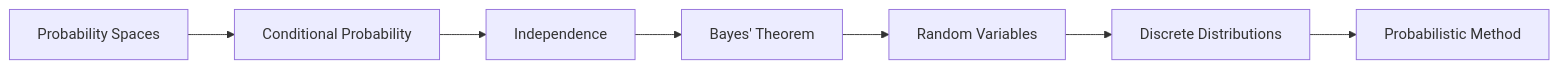
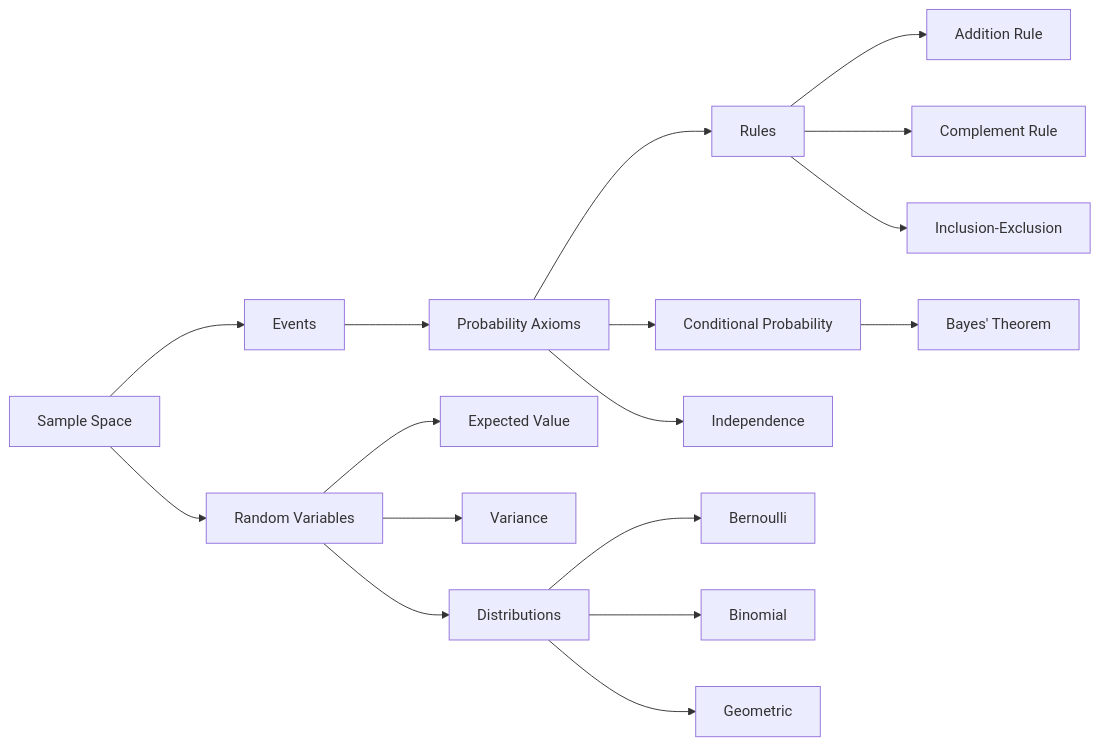
The diagram in docs/courses/discrete-mathematics/13-probability.md (Raushan666java/ai-engineering-journey), drawn with Mermaid before and after one commit. The commit also changed other lines of this file and 62 other files, not shown here.

````diff
--- a/docs/courses/discrete-mathematics/13-probability.md
+++ b/docs/courses/discrete-mathematics/13-probability.md
@@ -31,9 +34,19 @@
 ```mermaid
 flowchart LR
-    A[Probability Spaces] --> B[Conditional Probability]
-    B --> C[Independence]
-    C --> D[Bayes' Theorem]
-    D --> E[Random Variables]
-    E --> F[Discrete Distributions]
-    F --> G[Probabilistic Method]
+    A[Sample Space] --> B[Events]
+    B --> C[Probability Axioms]
+    C --> D[Rules]
+    D --> E[Addition Rule]
+    D --> F[Complement Rule]
+    D --> G[Inclusion-Exclusion]
+    C --> H[Conditional Probability]
+    H --> I[Bayes' Theorem]
+    C --> J[Independence]
+    A --> K[Random Variables]
+    K --> L[Expected Value]
+    K --> M[Variance]
+    K --> N[Distributions]
+    N --> O[Bernoulli]
+    N --> P[Binomial]
+    N --> Q[Geometric]
 ```
````
